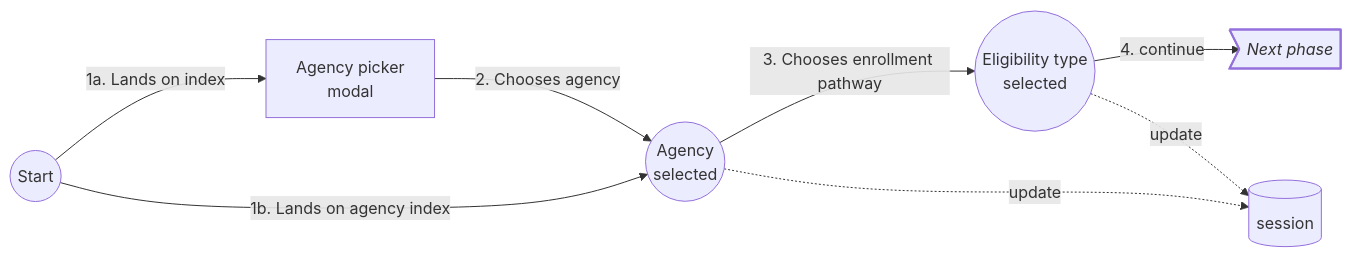
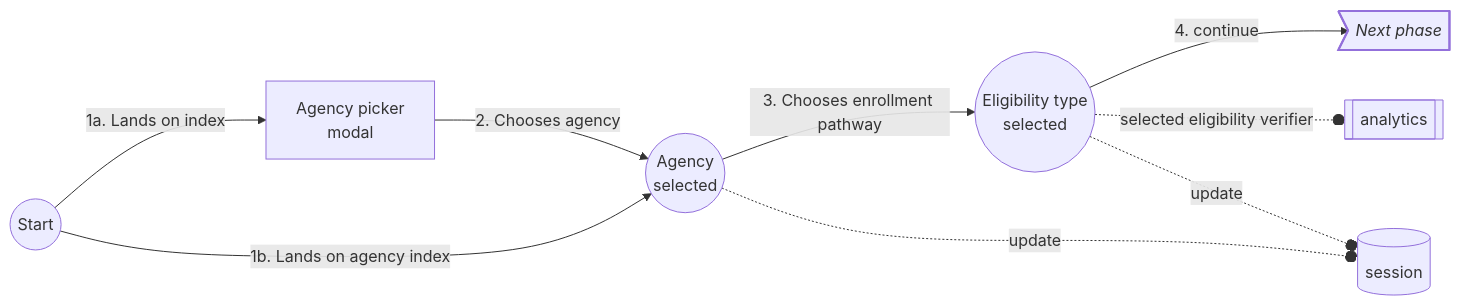
Before and after one commit to cal-itp/benefits: the third of 6 diagrams in docs/development/application-logic.md, drawn with Mermaid. The commit also changed other lines of this file, not shown here.

First line of the commit message:
docs(logic): add analytics events

````diff
--- a/docs/development/application-logic.md
+++ b/docs/development/application-logic.md
@@ -95,27 +95,30 @@
 ```mermaid
 flowchart LR
     session[(session)]
+    analytics[[analytics]]
+
     start((Start))
     pick_agency["`Agency picker
     modal`"]
     agency(("`Agency
     selected`"))
     eligibility(("`Eligibility type
     selected`"))
     next>"`_Next phase_`"]
     style next stroke-width:2px
 
     start -- "1a. Lands on index" --> pick_agency
     start -- "1b. Lands on agency index" --> agency
     %% invisible links help with diagram layout
     start ~~~ session
     start ~~~ agency
 
     pick_agency -- 2. Chooses agency --> agency
     agency -- 3. Chooses enrollment pathway --> eligibility
 
     eligibility -- 4. continue --> next
 
-    agency -. update -.-> session
-    eligibility -. update -.-> session
+    agency -. update -.-o session
+    eligibility -. update -.-o session
+    eligibility -. selected eligibility verifier -.-o analytics
 ```
````
